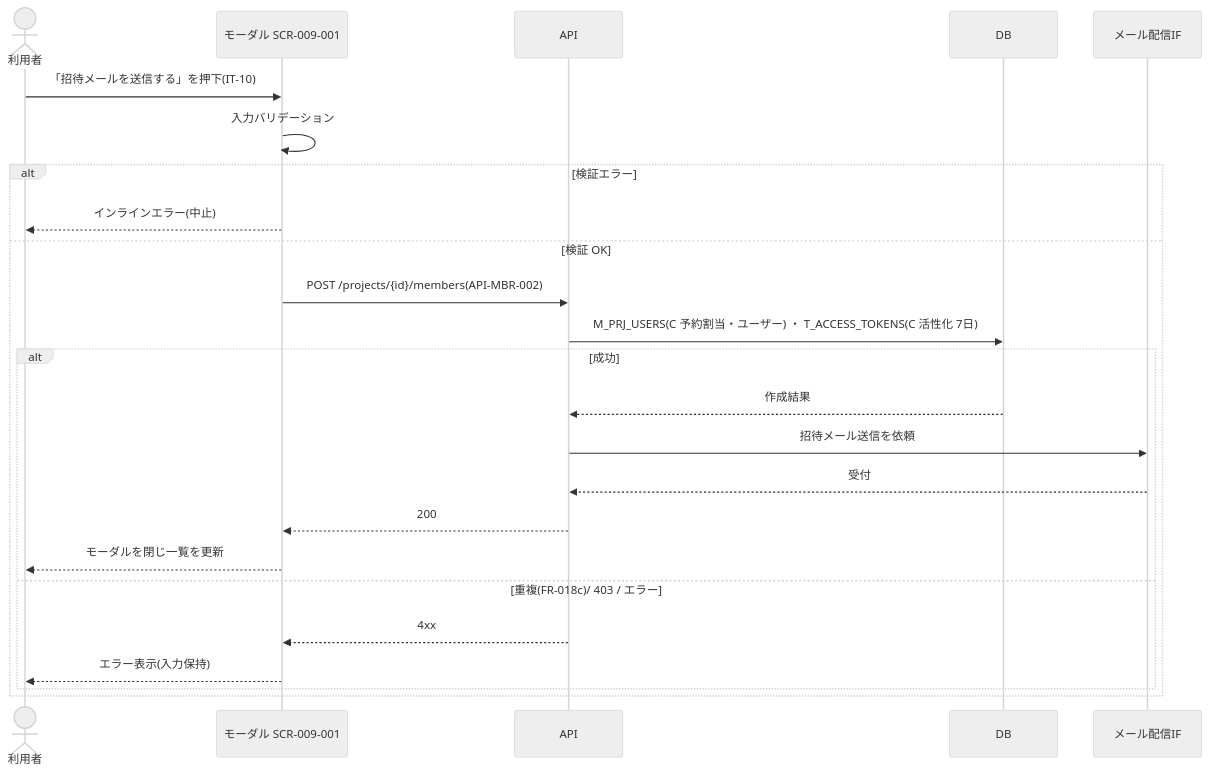
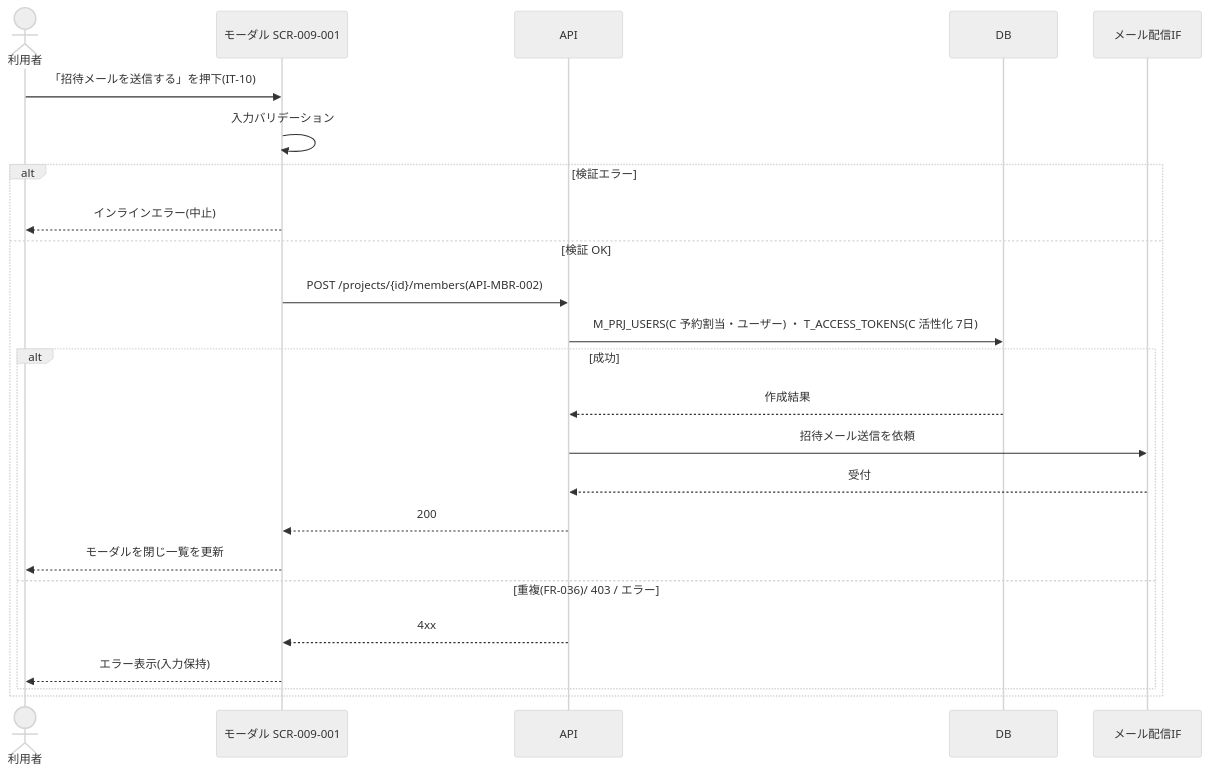
The second of 5 diagrams in 01_requirements/02_business_usecases/UC-SCR-009-001.md (sikakou54/open-faq), drawn with Mermaid (neutral theme) before and after one commit. The commit also changed other lines of this file and 571 other files, not shown here.

````diff
--- a/01_requirements/02_business_usecases/UC-SCR-009-001.md
+++ b/01_requirements/02_business_usecases/UC-SCR-009-001.md
@@ -143,26 +143,26 @@
 ```mermaid
 sequenceDiagram
   actor U as 利用者
   participant S as モーダル SCR-009-001
   participant API as API
   participant DB as DB
   participant M as メール配信IF
   U->>S: 「招待メールを送信する」を押下(IT-10)
   S->>S: 入力バリデーション
   alt 検証エラー
     S-->>U: インラインエラー(中止)
   else 検証 OK
     S->>API: POST /projects/{id}/members(API-MBR-002)
     API->>DB: M_PRJ_USERS(C 予約割当・ユーザー) ・ T_ACCESS_TOKENS(C 活性化 7日)
     alt 成功
       DB-->>API: 作成結果
       API->>M: 招待メール送信を依頼
       M-->>API: 受付
       API-->>S: 200
       S-->>U: モーダルを閉じ一覧を更新
-    else 重複(FR-018c)/ 403 / エラー
+    else 重複(FR-036)/ 403 / エラー
       API-->>S: 4xx
       S-->>U: エラー表示(入力保持)
     end
   end
 ```
````
